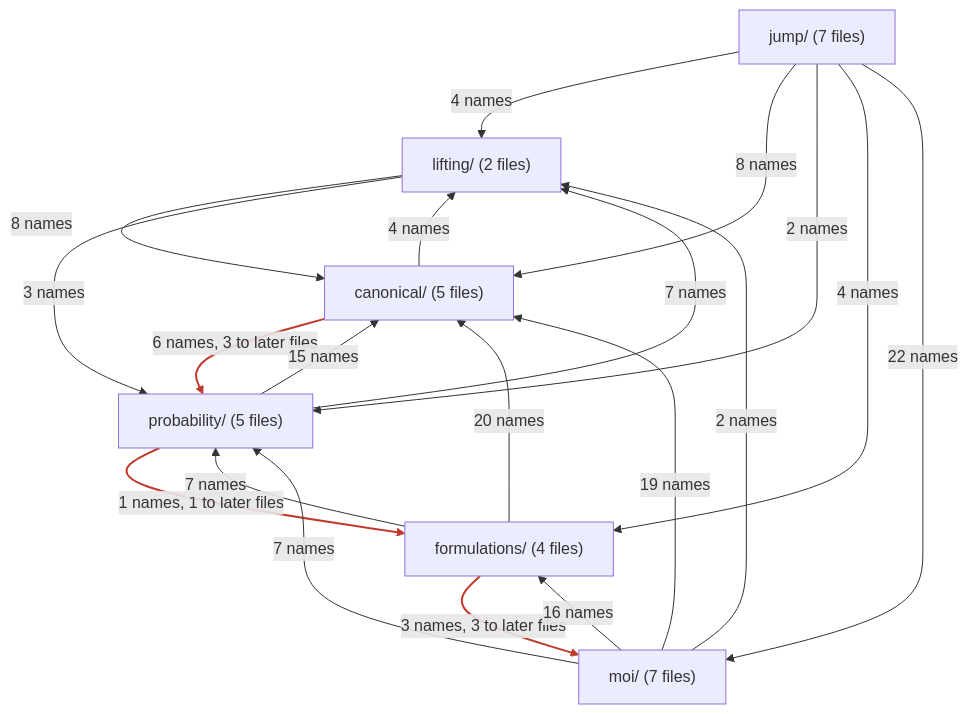
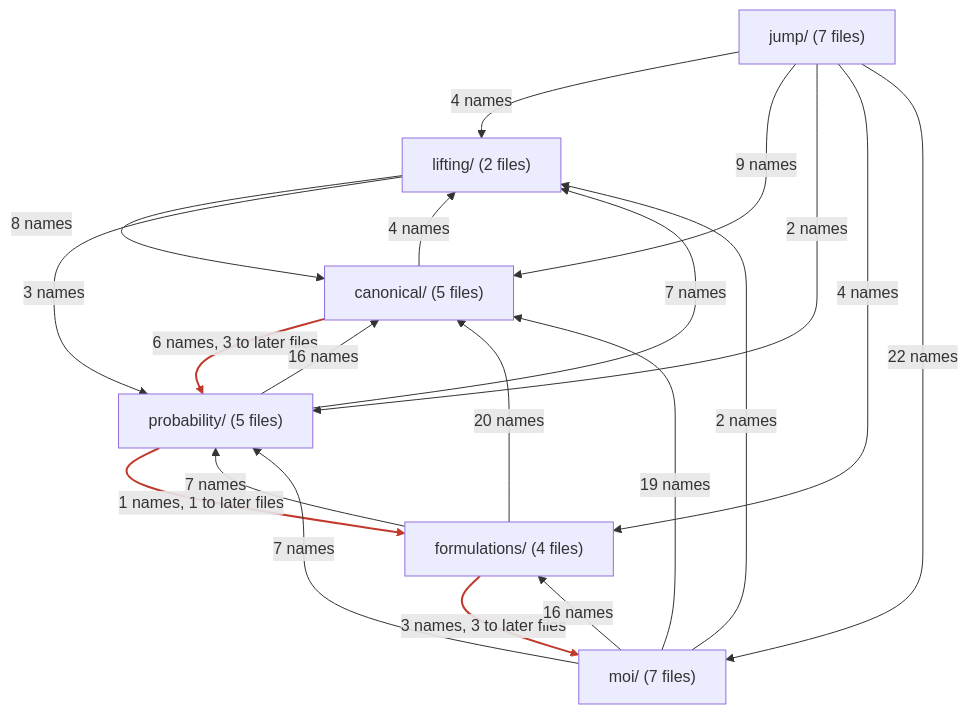
The diagram in docs/src/developer/structure_current.md (bfpc/LinearDecisionRules.jl), drawn with Mermaid before and after one commit. The commit also changed other lines of this file and 7 other files, not shown here.

````diff
--- a/docs/src/developer/structure_current.md
+++ b/docs/src/developer/structure_current.md
@@ -12,31 +12,31 @@
 ```mermaid
 flowchart TD
     lifting["lifting/ (2 files)"]
     canonical["canonical/ (5 files)"]
     probability["probability/ (5 files)"]
     formulations["formulations/ (4 files)"]
     moi["moi/ (7 files)"]
     jump["jump/ (7 files)"]
     lifting -->|"8 names"| canonical
     lifting -->|"3 names"| probability
     canonical -->|"4 names"| lifting
     canonical -->|"6 names, 3 to later files"| probability
     probability -->|"7 names"| lifting
-    probability -->|"15 names"| canonical
+    probability -->|"16 names"| canonical
     probability -->|"1 names, 1 to later files"| formulations
     formulations -->|"20 names"| canonical
     formulations -->|"7 names"| probability
     formulations -->|"3 names, 3 to later files"| moi
     moi -->|"2 names"| lifting
     moi -->|"19 names"| canonical
     moi -->|"7 names"| probability
     moi -->|"16 names"| formulations
     jump -->|"4 names"| lifting
-    jump -->|"8 names"| canonical
+    jump -->|"9 names"| canonical
     jump -->|"2 names"| probability
     jump -->|"4 names"| formulations
     jump -->|"22 names"| moi
     linkStyle 3 stroke:#c0392b,stroke-width:2px
     linkStyle 6 stroke:#c0392b,stroke-width:2px
     linkStyle 9 stroke:#c0392b,stroke-width:2px
 ```
````
